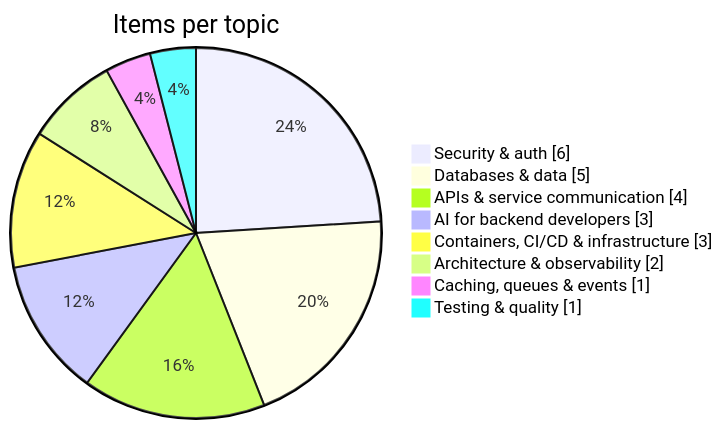
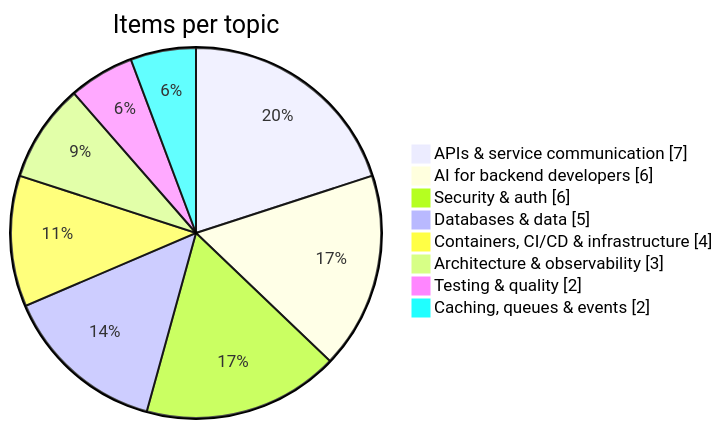
Before and after one commit to hoangan-bonieeror/bostu: the diagram in public/content/lessons/tech-radar-2026-11-19.en.md, drawn with Mermaid. The commit also changed other lines of this file and 5 other files, not shown here.

````diff
--- a/public/content/lessons/tech-radar-2026-11-19.en.md
+++ b/public/content/lessons/tech-radar-2026-11-19.en.md
@@ -8,12 +8,12 @@
 ```mermaid
 pie showData
     title Items per topic
+    "APIs & service communication" : 7
+    "AI for backend developers" : 6
     "Security & auth" : 6
     "Databases & data" : 5
-    "APIs & service communication" : 4
-    "AI for backend developers" : 3
-    "Containers, CI/CD & infrastructure" : 3
-    "Architecture & observability" : 2
-    "Caching, queues & events" : 1
-    "Testing & quality" : 1
+    "Containers, CI/CD & infrastructure" : 4
+    "Architecture & observability" : 3
+    "Testing & quality" : 2
+    "Caching, queues & events" : 2
 ```
````
